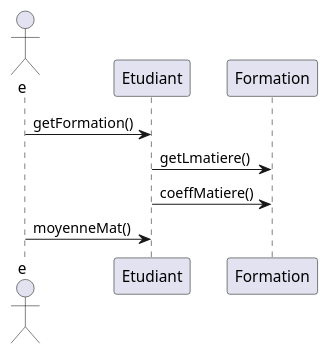
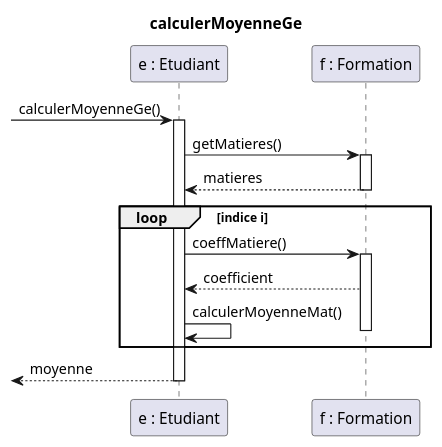
Before and after one commit to duongdk099/new: the diagram in Diagramme/calculMoyenneMatiere.plantuml, drawn with PlantUML. The commit also changed 3 other files, not shown here.

Commit message:
Diagramme de sequences finir

```diff
--- a/Diagramme/calculMoyenneMatiere.plantuml
+++ b/Diagramme/calculMoyenneMatiere.plantuml
@@ -1,7 +1,23 @@
 @startuml
-actor e
-e->Etudiant : getFormation()
-Etudiant -> Formation : getLmatiere()
-Etudiant -> Formation : coeffMatiere()
-e->Etudiant : moyenneMat()
+title calculerMoyenneGe
+participant "e : Etudiant" as etudiant
+participant "f : Formation" as formation
+[-> etudiant : calculerMoyenneGe()
+activate etudiant
+    etudiant -> formation : getMatieres()
+    activate formation
+    etudiant <-- formation : matieres
+    deactivate formation
+
+    loop indice i
+    etudiant -> formation : coeffMatiere()
+    activate formation
+    etudiant <-- formation : coefficient
+    etudiant -> etudiant : calculerMoyenneMat()
+    deactivate formation
+    end
+    
+[<-- etudiant : moyenne
+deactivate etudiant
+
 @enduml
```
